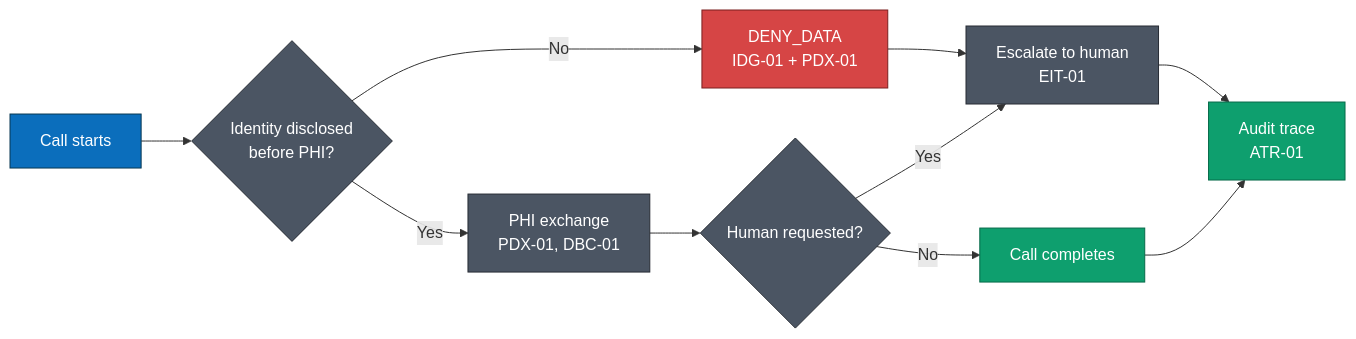
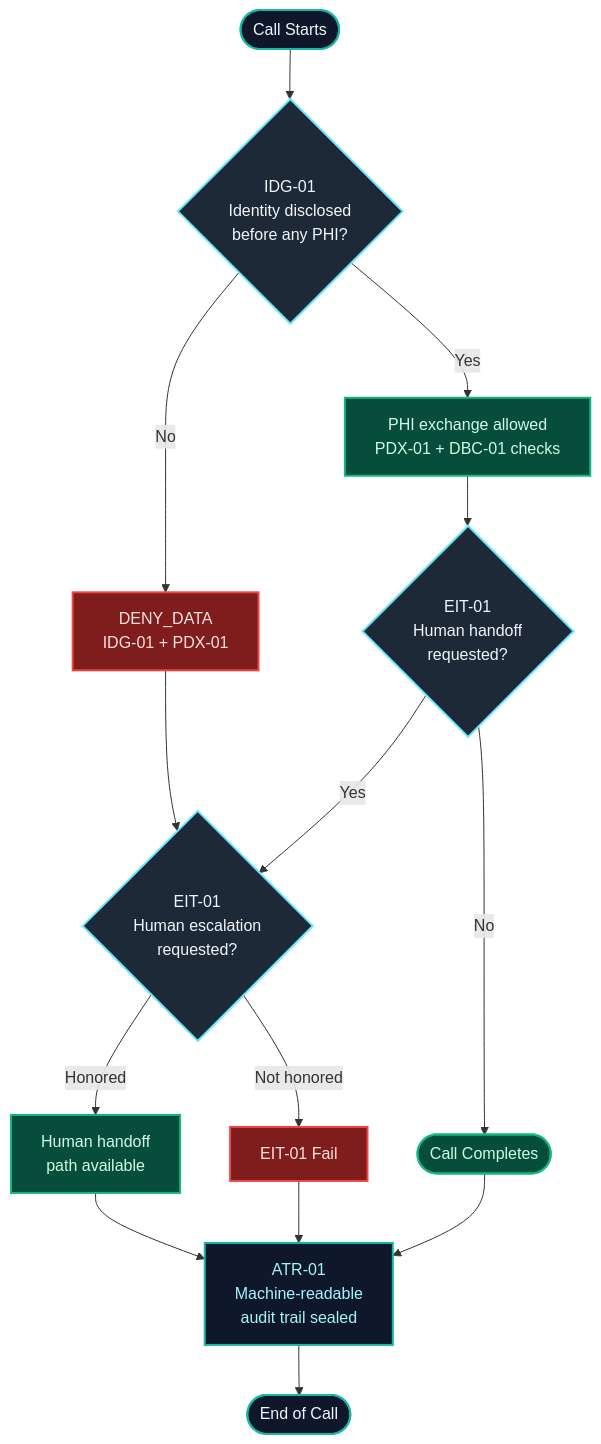
The diagram in README.md (NHID-Clinical/NHID-Clinical), drawn with Mermaid before and after one commit.

Commit message:
Improve Conformance Flow diagram: cleaner, more readable Mermaid with better labels and styling

````diff
--- a/README.md
+++ b/README.md
@@ -101,17 +101,34 @@
 ```mermaid
-flowchart LR
-    A["Call starts"]:::start --> B{"Identity disclosed<br/>before PHI?"}:::neutral
-    B -->|No| C["DENY_DATA<br/>IDG-01 + PDX-01"]:::deny
-    C --> D["Escalate to human<br/>EIT-01"]:::neutral
-    B -->|Yes| E["PHI exchange<br/>PDX-01, DBC-01"]:::neutral
-    E --> F{"Human requested?"}:::neutral
-    F -->|Yes| D
-    F -->|No| G["Call completes"]:::ok
-    D --> H["Audit trace<br/>ATR-01"]:::ok
-    G --> H
+flowchart TD
+    Start(["Call Starts"]) --> Disclosure{"IDG-01<br/>Identity disclosed<br/>before any PHI?"}
+    
+    Disclosure -->|No| Deny["DENY_DATA<br/>IDG-01 + PDX-01"]
+    Deny --> Escalate{"EIT-01<br/>Human escalation<br/>requested?"}
+    
+    Disclosure -->|Yes| PHI["PHI exchange allowed<br/>PDX-01 + DBC-01 checks"]
+    PHI --> HumanCheck{"EIT-01<br/>Human handoff<br/>requested?"}
+    
+    HumanCheck -->|Yes| Escalate
+    HumanCheck -->|No| Complete(["Call Completes"])
+    
+    Escalate -->|Honored| Handoff["Human handoff<br/>path available"]
+    Escalate -->|Not honored| FailEsc["EIT-01 Fail"]
+    
+    Handoff --> Audit
+    FailEsc --> Audit
+    Complete --> Audit["ATR-01<br/>Machine-readable<br/>audit trail sealed"]
+    
+    Audit --> End(["End of Call"])
 
-    classDef start fill:#0b6ebc,stroke:#063752,color:#ffffff
-    classDef deny fill:#d64545,stroke:#7a1f1f,color:#ffffff
-    classDef ok fill:#0e9f6e,stroke:#066a49,color:#ffffff
-    classDef neutral fill:#4b5563,stroke:#262b33,color:#ffffff
+    classDef start fill:#0F172A,stroke:#14B8A6,stroke-width:2px,color:#F1F5F9
+    classDef decision fill:#1E2937,stroke:#67E8F9,stroke-width:2px,color:#F1F5F9
+    classDef deny fill:#7F1D1D,stroke:#EF4444,stroke-width:2px,color:#FEE2E2
+    classDef ok fill:#064E3B,stroke:#10B981,stroke-width:2px,color:#D1FAE5
+    classDef audit fill:#0F172A,stroke:#14B8A6,stroke-width:2px,color:#A5F3FC
+
+    class Start,End start
+    class Disclosure,Escalate,HumanCheck decision
+    class Deny,FailEsc deny
+    class PHI,Handoff,Complete ok
+    class Audit audit
 ```
````
